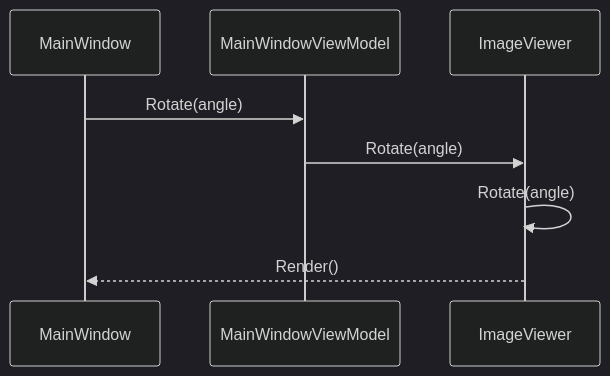
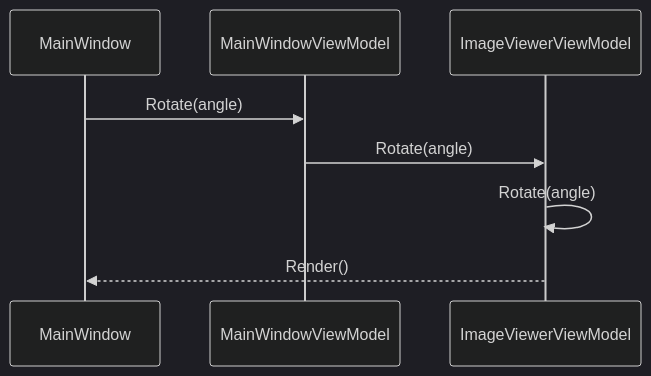
The fifth of 5 diagrams in projects/WpfApp/README.md (inden-t/DicomApp), drawn with Mermaid (dark theme) before and after one commit. The commit also changed other lines of this file, not shown here.

````diff
--- a/projects/WpfApp/README.md
+++ b/projects/WpfApp/README.md
@@ -192,11 +203,11 @@
 ```mermaid
 sequenceDiagram
     participant MainWindow
     participant MainWindowViewModel
-    participant ImageViewer
+    participant ImageViewerViewModel
 
     MainWindow ->> MainWindowViewModel: Rotate(angle)
-    MainWindowViewModel ->> ImageViewer: Rotate(angle)
-    ImageViewer ->> ImageViewer: Rotate(angle)
-    ImageViewer -->> MainWindow: Render()
+    MainWindowViewModel ->> ImageViewerViewModel: Rotate(angle)
+    ImageViewerViewModel ->> ImageViewerViewModel: Rotate(angle)
+    ImageViewerViewModel -->> MainWindow: Render()
 ```
````
